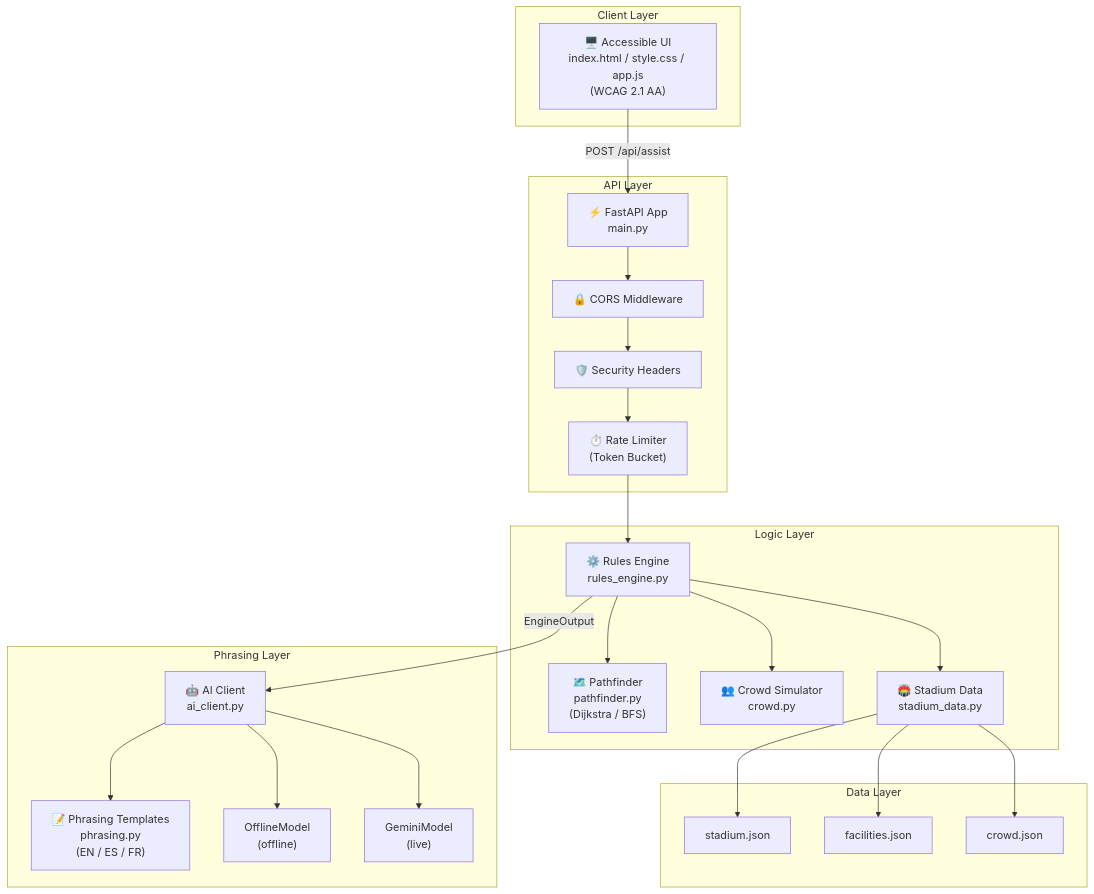
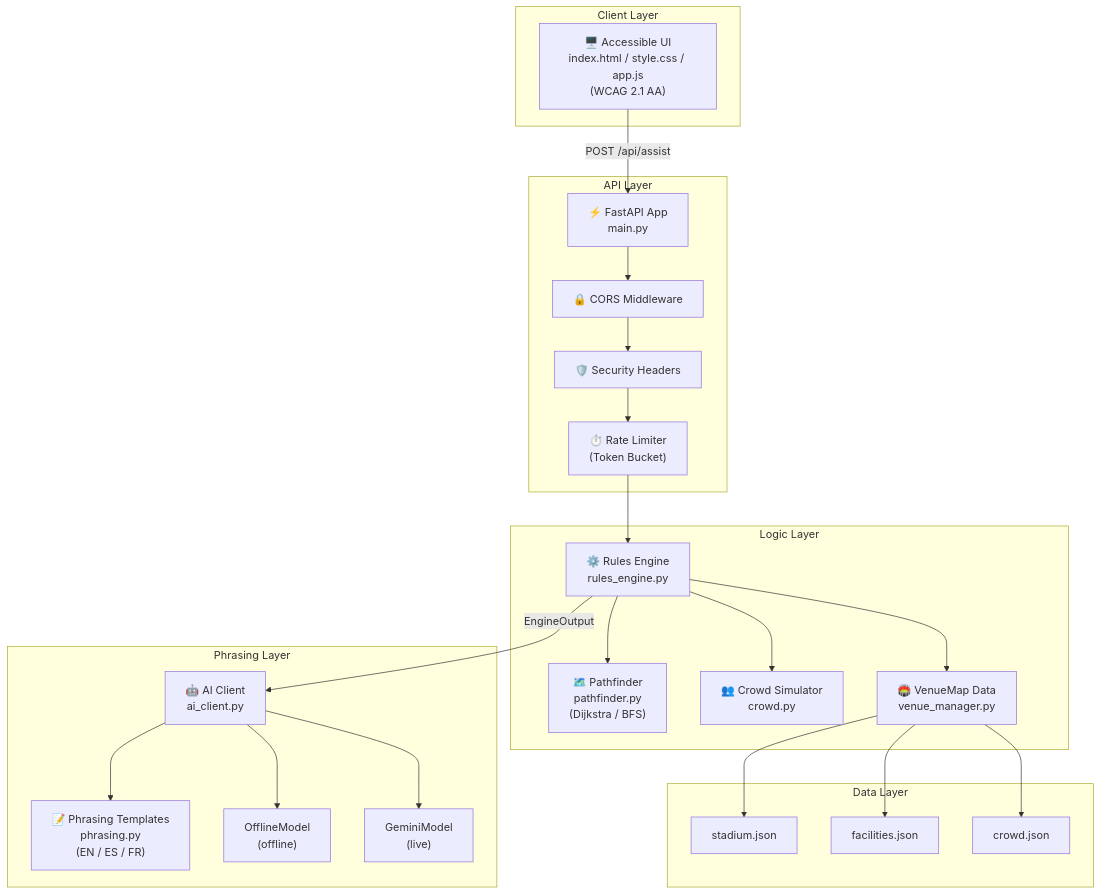
One commit to lokesh835sharma/ArenaGuide2 changed the second of 4 diagrams in README.md. Above: the diagram before and after it, drawn with Mermaid. The commit also changed other lines of this file and 2 other files, not shown here.

Commit message:
docs: update README to reflect new architecture

````diff
--- a/README.md
+++ b/README.md
@@ -87,44 +87,44 @@
 ```mermaid
 graph TB
     subgraph "Client Layer"
         UI["🖥️ Accessible UI<br/>index.html / style.css / app.js<br/>(WCAG 2.1 AA)"]
     end
 
     subgraph "API Layer"
         API["⚡ FastAPI App<br/>main.py"]
         CORS["🔒 CORS Middleware"]
         SEC["🛡️ Security Headers"]
         RL["⏱️ Rate Limiter<br/>(Token Bucket)"]
     end
 
     subgraph "Logic Layer"
         RE["⚙️ Rules Engine<br/>rules_engine.py"]
         PF["🗺️ Pathfinder<br/>pathfinder.py<br/>(Dijkstra / BFS)"]
         CR["👥 Crowd Simulator<br/>crowd.py"]
-        SD["🏟️ Stadium Data<br/>stadium_data.py"]
+        SD["🏟️ VenueMap Data<br/>venue_manager.py"]
     end
 
     subgraph "Phrasing Layer"
         PH["📝 Phrasing Templates<br/>phrasing.py<br/>(EN / ES / FR)"]
         AI["🤖 AI Client<br/>ai_client.py"]
         MOCK["OfflineModel<br/>(offline)"]
         GEM["GeminiModel<br/>(live)"]
     end
 
     subgraph "Data Layer"
         SJ["stadium.json"]
         FJ["facilities.json"]
         CJ["crowd.json"]
     end
 
     UI -->|"POST /api/assist"| API
     API --> CORS --> SEC --> RL --> RE
     RE --> PF
     RE --> CR
     RE --> SD
     SD --> SJ & FJ & CJ
     RE -->|"EngineOutput"| AI
     AI --> MOCK
     AI --> GEM
     AI --> PH
 ```
````
